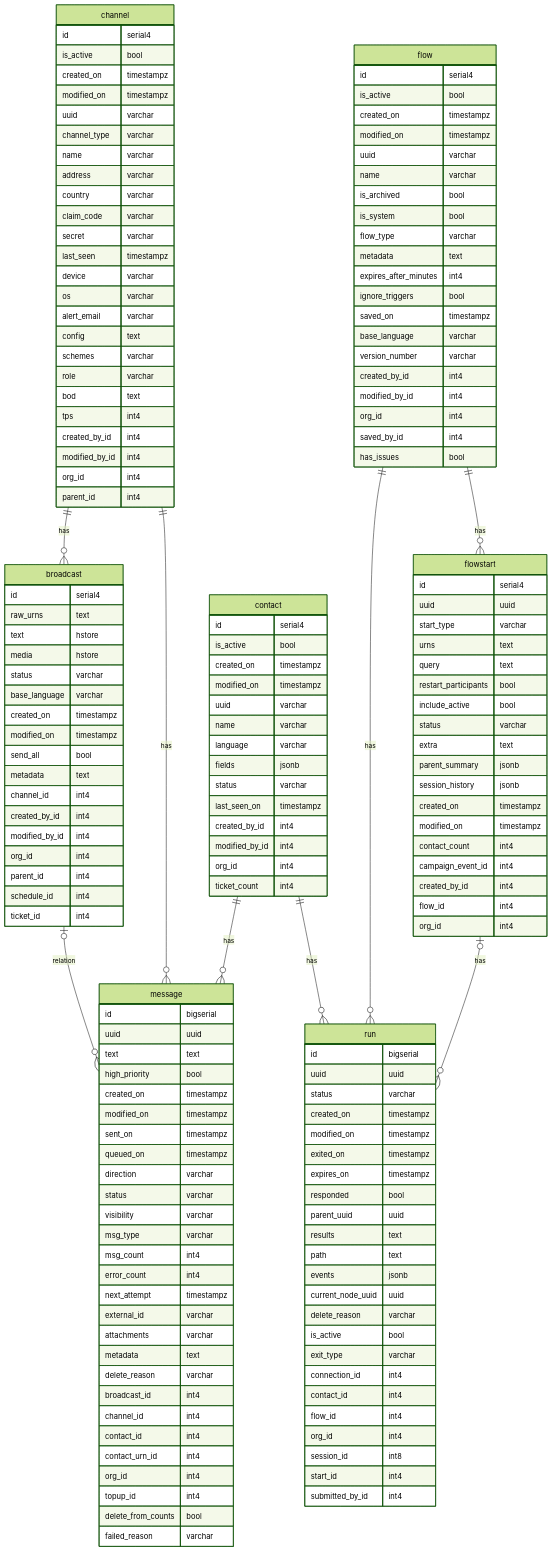
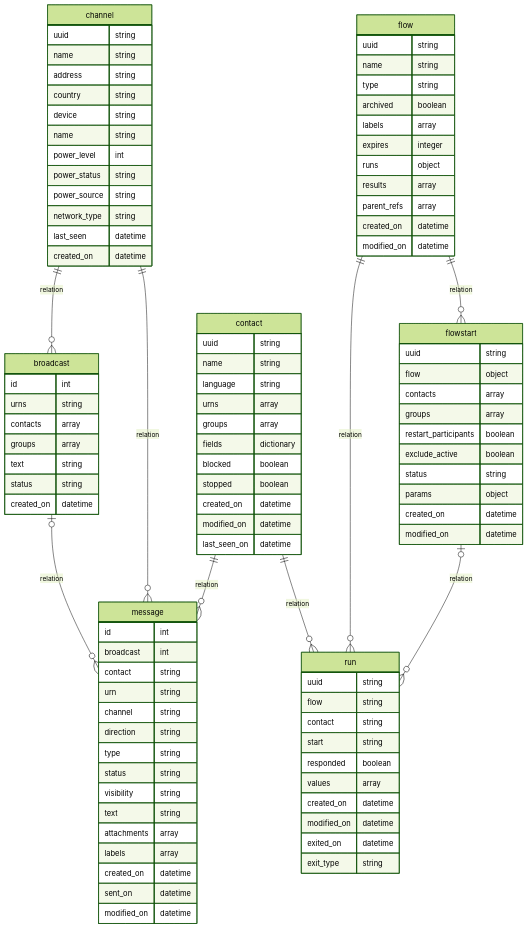
The diagram in database_relationship.md (Ilhasoft/custom-connector-powerbi), drawn with Mermaid (forest theme) before and after one commit.

````diff
--- a/database_relationship.md
+++ b/database_relationship.md
@@ -7,183 +7,117 @@
 erDiagram
 
 channel {
-  id serial4 
-  is_active bool 
-  created_on timestampz 
-  modified_on timestampz 
-  uuid varchar 
-  channel_type varchar 
-  name varchar
-  address varchar
-  country varchar
-  claim_code varchar 
-  secret varchar 
-  last_seen timestampz 
-  device varchar
-  os varchar
-  alert_email varchar
-  config text
-  schemes varchar 
-  role varchar 
-  bod text
-  tps int4
-  created_by_id int4 
-  modified_by_id int4 
-  org_id int4
-  parent_id int4
+    uuid string
+    name string
+    address string
+    country string
+    device string
+    name string
+    power_level int
+    power_status string
+    power_source string
+    network_type string
+    last_seen datetime
+    created_on datetime
 }
 
 message {
-  id bigserial 
-  uuid uuid
-  text text 
-  high_priority bool
-  created_on timestampz 
-  modified_on timestampz
-  sent_on timestampz
-  queued_on timestampz
-  direction varchar 
-  status varchar 
-  visibility varchar 
-  msg_type varchar
-  msg_count int4 
-  error_count int4 
-  next_attempt timestampz
-  external_id varchar
-  attachments varchar
-  metadata text
-  delete_reason varchar
-  broadcast_id int4
-  channel_id int4
-  contact_id int4 
-  contact_urn_id int4
-  org_id int4 
-  topup_id int4
-  delete_from_counts bool
-  failed_reason varchar
+    id int
+    broadcast int
+    contact string
+    urn string
+    channel string
+    direction string
+    type string
+    status string
+    visibility string
+    text string
+    attachments array
+    labels array
+    created_on datetime
+    sent_on datetime
+    modified_on datetime
 }
 
 contact {
-  id serial4 
-  is_active bool 
-  created_on timestampz 
-  modified_on timestampz 
-  uuid varchar 
-  name varchar
-  language varchar
-  fields jsonb
-  status varchar 
-  last_seen_on timestampz
-  created_by_id int4
-  modified_by_id int4
-  org_id int4 
-  ticket_count int4 
+    uuid string
+    name string
+    language string
+    urns array
+    groups array
+    fields dictionary
+    blocked boolean
+    stopped boolean
+    created_on datetime
+    modified_on datetime
+    last_seen_on datetime
 }
 
 flow {
-  id serial4 
-  is_active bool 
-  created_on timestampz 
-  modified_on timestampz 
-  uuid varchar 
-  name varchar 
-  is_archived bool 
-  is_system bool 
-  flow_type varchar 
-  metadata text
-  expires_after_minutes int4 
-  ignore_triggers bool 
-  saved_on timestampz 
-  base_language varchar
-  version_number varchar 
-  created_by_id int4 
-  modified_by_id int4 
-  org_id int4 
-  saved_by_id int4 
-  has_issues bool 
+    uuid string
+    name string
+    type string
+    archived boolean
+    labels array
+    expires integer
+    runs object
+    results array
+    parent_refs array
+    created_on datetime
+    modified_on datetime
 }
 
 run {
-  id bigserial 
-  uuid uuid 
-  status varchar 
-  created_on timestampz 
-  modified_on timestampz 
-  exited_on timestampz
-  expires_on timestampz
-  responded bool 
-  parent_uuid uuid
-  results text
-  path text
-  events jsonb
-  current_node_uuid uuid
-  delete_reason varchar
-  is_active bool 
-  exit_type varchar
-  connection_id int4
-  contact_id int4 
-  flow_id int4 
-  org_id int4 
-  session_id int8
-  start_id int4
-  submitted_by_id int4
+    uuid string
+    flow string
+    contact string
+    start string
+    responded boolean
+    values array
+    created_on datetime
+    modified_on datetime
+    exited_on datetime
+    exit_type string
 }
 
 broadcast {
-  id serial4 
-  raw_urns text
-  text hstore 
-  media hstore
-  status varchar 
-  base_language varchar 
-  created_on timestampz 
-  modified_on timestampz 
-  send_all bool 
-  metadata text
-  channel_id int4
-  created_by_id int4
-  modified_by_id int4
-  org_id int4 
-  parent_id int4
-  schedule_id int4 
-  ticket_id int4
+    id int
+    urns string
+    contacts array
+    groups array
+    text string
+    status string
+    created_on datetime
 }
 
 flowstart {
-  id serial4 
-  uuid uuid 
-  start_type varchar 
-  urns text
-  query text
-  restart_participants bool 
-  include_active bool 
-  status varchar 
-  extra text
-  parent_summary jsonb
-  session_history jsonb
-  created_on timestampz 
-  modified_on timestampz 
-  contact_count int4
-  campaign_event_id int4
-  created_by_id int4
-  flow_id int4 
-  org_id int4 
+    uuid string
+    flow object
+    contacts array
+    groups array
+    restart_participants boolean
+    exclude_active boolean
+    status string
+    params object
+    created_on datetime
+    modified_on datetime
 }
 
 broadcast |o--o{ message: relation
 
-channel ||--o{ message: has
+channel ||--o{ message: relation
 
-contact ||--o{ message: has
+contact ||--o{ message: relation
 
-contact ||--o{ run: has
+contact ||--o{ run: relation
 
-flow ||--o{ run: has
+flow ||--o{ run: relation
 
-flowstart |o--o{ run: has
+flowstart |o--o{ run: relation
 
-channel ||--o{ broadcast: has
+channel ||--o{ broadcast: relation
 
-flow ||--o{ flowstart: has
+flow ||--o{ flowstart: relation
+
 
 ```
````
